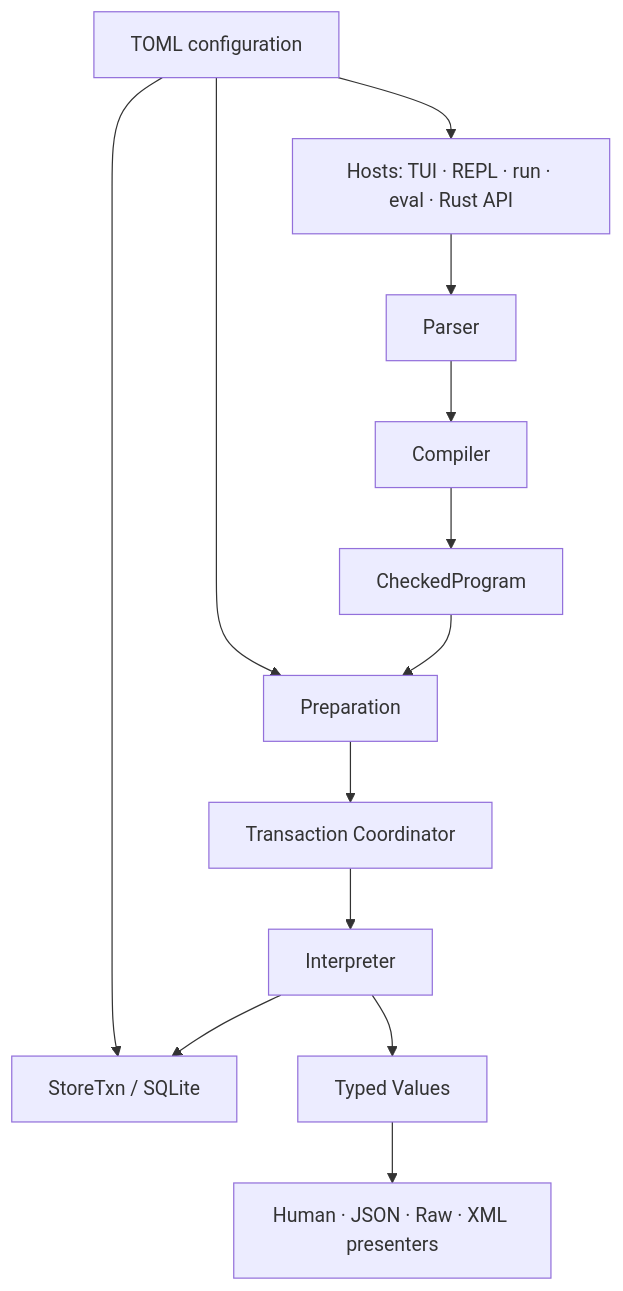
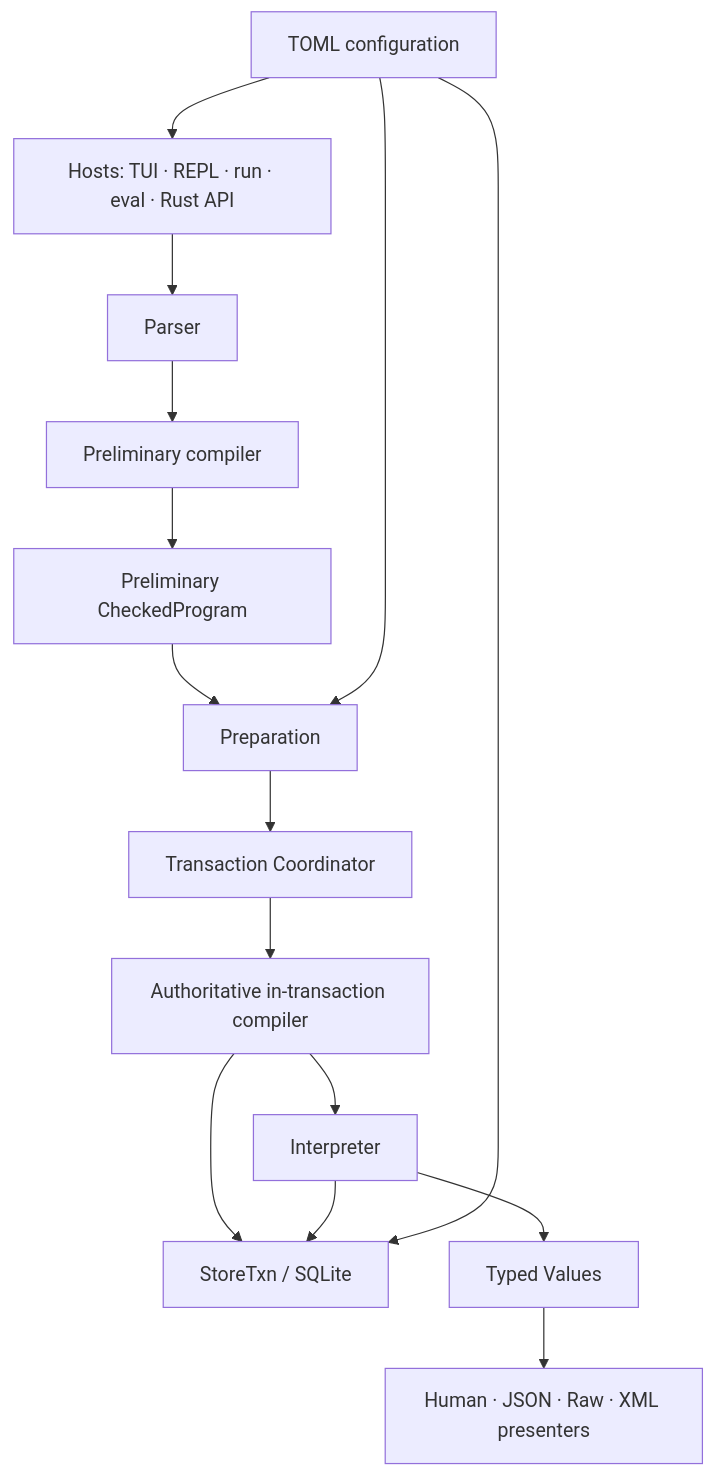
The diagram in docs/sys.md (kleedaisuki/promptr), drawn with Mermaid before and after one commit. The commit also changed other lines of this file and 2 other files, not shown here.

````diff
--- a/docs/sys.md
+++ b/docs/sys.md
@@ -59,15 +65,17 @@
 ```mermaid
 flowchart TD
     H["Hosts: TUI · REPL · run · eval · Rust API"] --> P["Parser"]
-    P --> C["Compiler"]
-    C --> Q["CheckedProgram"]
+    P --> C["Preliminary compiler"]
+    C --> Q["Preliminary CheckedProgram"]
     Q --> R["Preparation"]
     R --> X["Transaction Coordinator"]
-    X --> I["Interpreter"]
+    X --> A["Authoritative in-transaction compiler"]
+    A --> I["Interpreter"]
+    A --> S
     I --> S["StoreTxn / SQLite"]
     I --> V["Typed Values"]
     V --> O["Human · JSON · Raw · XML presenters"]
     F["TOML configuration"] --> H
     F --> R
     F --> S
 ```
````
